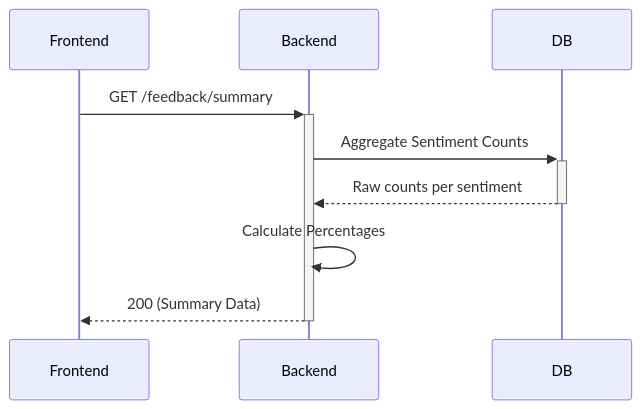
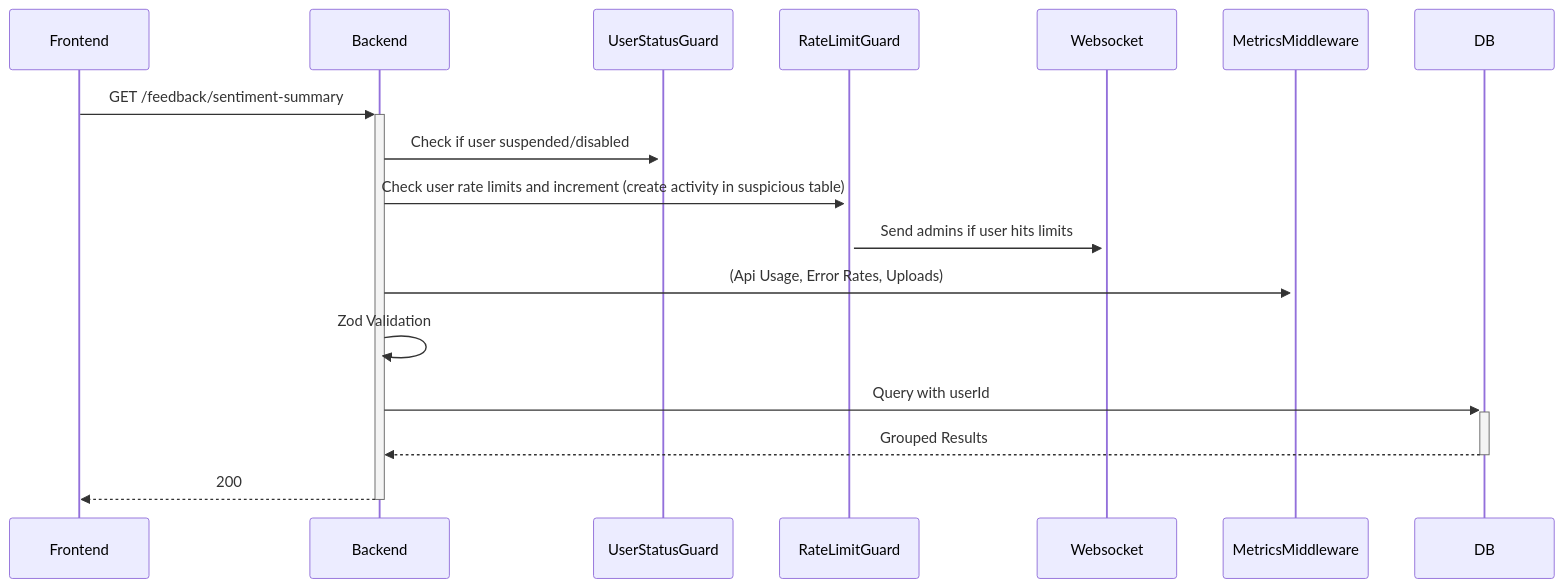
One commit to Xayrulloh/Feedback-Sentiment changed the seventh of 26 diagrams in README.md. Above: the diagram before and after it, drawn with Mermaid. The commit also changed other lines of this file and 2 other files, not shown here.

````diff
--- a/README.md
+++ b/README.md
@@ -406,8 +236,12 @@
 ```mermaid
 sequenceDiagram
-    Frontend->>+Backend: GET /feedback/summary
-    Backend->>+DB: Aggregate Sentiment Counts
-    DB-->>-Backend: Raw counts per sentiment
-    Backend->>Backend: Calculate Percentages
-    Backend-->>-Frontend: 200 (Summary Data)
+    Frontend->>+Backend: GET /feedback/sentiment-summary
+    Backend->>+UserStatusGuard: Check if user suspended/disabled
+    Backend->>+RateLimitGuard: Check user rate limits and increment (create activity in suspicious table)
+    RateLimitGuard->>+Websocket: Send admins if user hits limits
+    Backend->>+MetricsMiddleware: (Api Usage, Error Rates, Uploads)
+    Backend->>Backend: Zod Validation
+    Backend->>+DB: Query with userId
+    DB-->>-Backend: Grouped Results
+    Backend-->>-Frontend: 200
 ```
````
